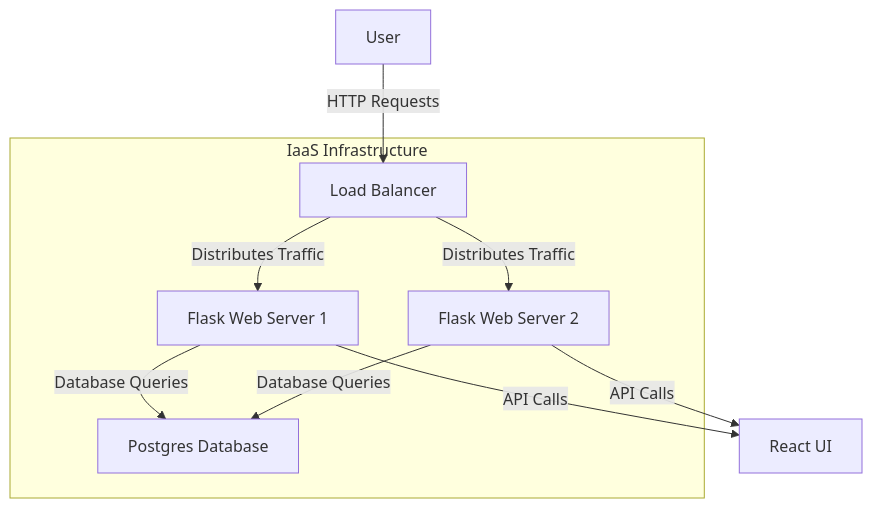
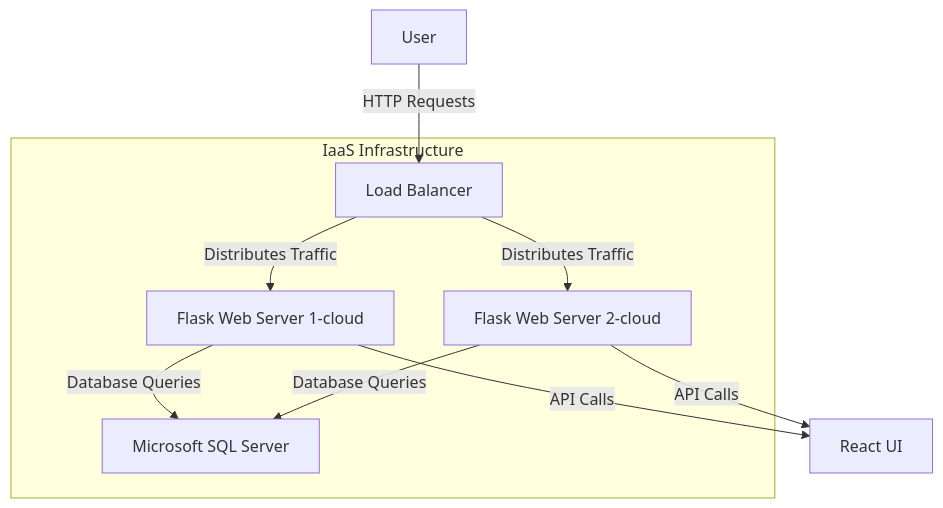
Before and after one commit to Klamichhane738/Lab2: the second of 3 diagrams in Lab2.md, drawn with Mermaid. The commit also changed other lines of this file, not shown here.

````diff
--- a/Lab2.md
+++ b/Lab2.md
@@ -21,16 +22,17 @@
 ```mermaid
 graph TD
     User -->|HTTP Requests| LoadBalancer[Load Balancer]
-    LoadBalancer -->|Distributes Traffic| WebServer1[Flask Web Server 1]
-    LoadBalancer -->|Distributes Traffic| WebServer2[Flask Web Server 2]
-    WebServer1 -->|Database Queries| Database[Postgres Database]
-    WebServer2 -->|Database Queries| Database[Postgres Database]
+    LoadBalancer -->|Distributes Traffic| WebServer1[Flask Web Server 1-cloud]
+    LoadBalancer -->|Distributes Traffic| WebServer2[Flask Web Server 2-cloud]
+    WebServer1 -->|Database Queries| Database[Microsoft SQL Server]
+    WebServer2 -->|Database Queries| Database[Microsoft SQL Server]
     WebServer1 -->|API Calls| Frontend[React UI]
     WebServer2 -->|API Calls| Frontend[React UI]
     subgraph IaaS Infrastructure
         LoadBalancer
         WebServer1
         WebServer2
         Database
     end
+
 ```
````
